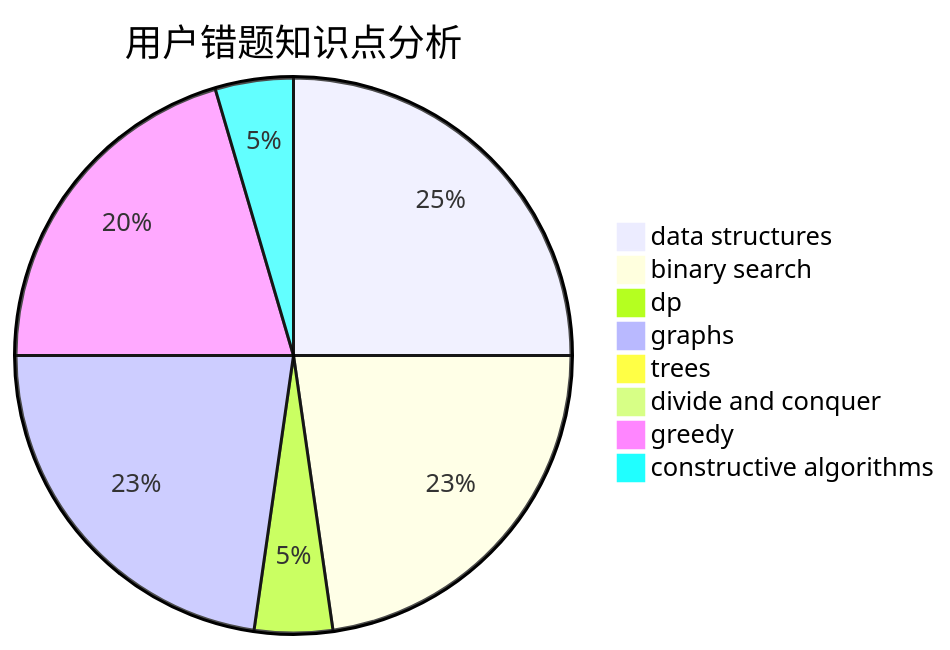
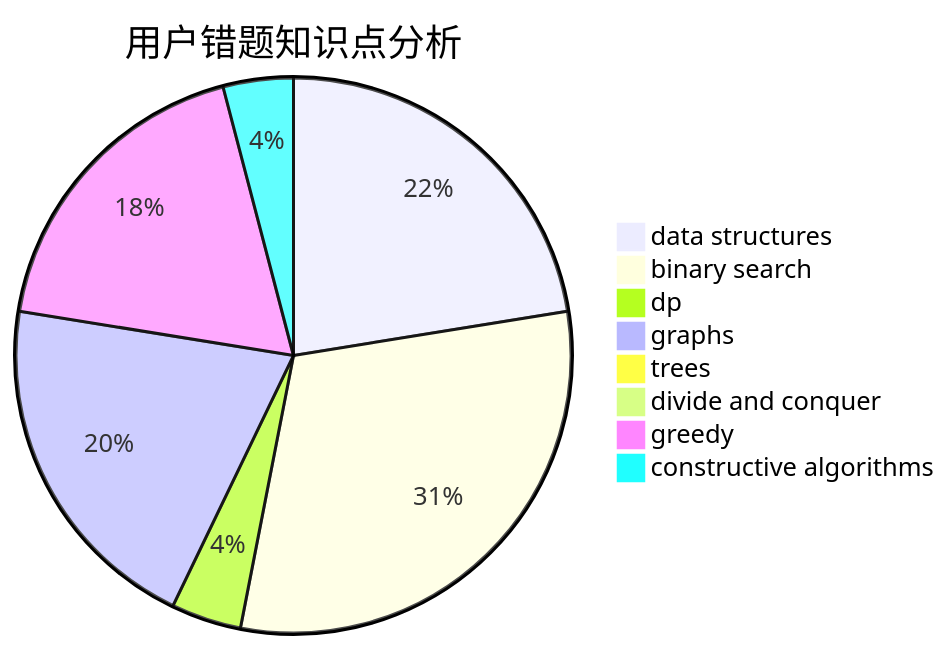
Before and after one commit to sherpahu/cfrs.github.io: the third of 3 diagrams in docs/user/u2662.md, drawn with Mermaid. The commit also changed other lines of this file and 2770 other files, not shown here.

````diff
--- a/docs/user/u2662.md
+++ b/docs/user/u2662.md
@@ -36,11 +36,11 @@
 ```mermaid
 pie title 用户错题知识点分析
     "data structures" :  11
-    "binary search" :  10
+    "binary search" :  15
     "dp" :  2
     "graphs" :  10
     "trees" :  0
     "divide and conquer" :  0
     "greedy" :  9
     "constructive algorithms" :  2
 ```
````
